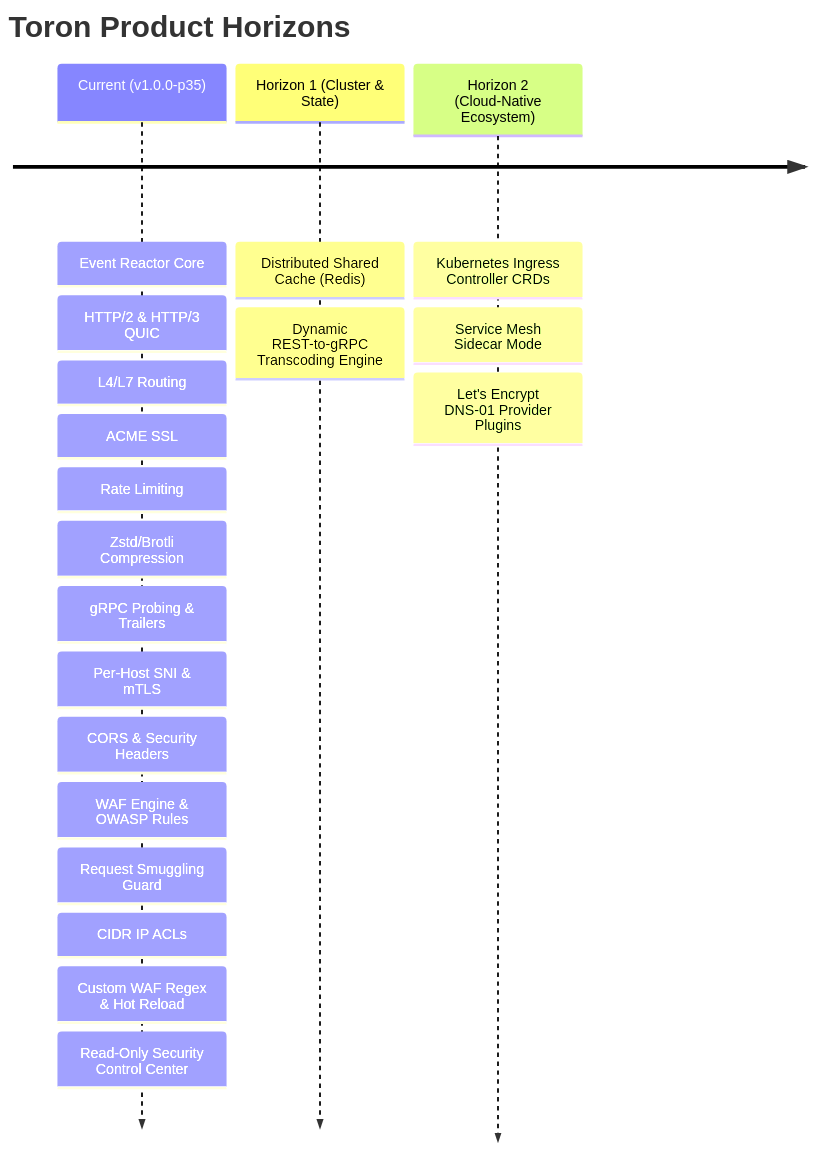
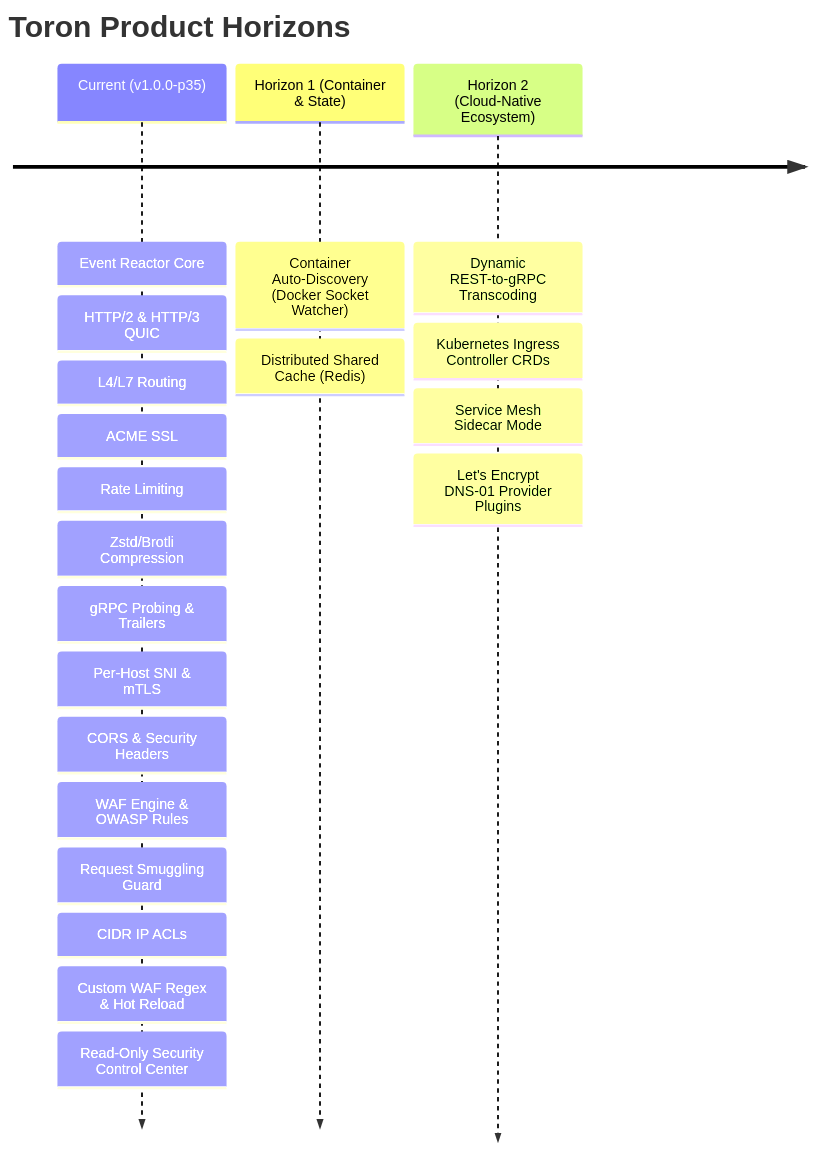
The second of 2 diagrams in PRODUCT_REVIEW.md (SayantanSaha/toron), drawn with Mermaid before and after one commit. The commit also changed other lines of this file, not shown here.

Commit message:
docs(po): add Container Auto-Discovery to Product Review roadmap

````diff
--- a/PRODUCT_REVIEW.md
+++ b/PRODUCT_REVIEW.md
@@ -129,7 +130,7 @@
 ```mermaid
 timeline
     title Toron Product Horizons
     Current (v1.0.0-p35) : Event Reactor Core : HTTP/2 & HTTP/3 QUIC : L4/L7 Routing : ACME SSL : Rate Limiting : Zstd/Brotli Compression : gRPC Probing & Trailers : Per-Host SNI & mTLS : CORS & Security Headers : WAF Engine & OWASP Rules : Request Smuggling Guard : CIDR IP ACLs : Custom WAF Regex & Hot Reload : Read-Only Security Control Center
-    Horizon 1 (Cluster & State) : Distributed Shared Cache (Redis) : Dynamic REST-to-gRPC Transcoding Engine
-    Horizon 2 (Cloud-Native Ecosystem) : Kubernetes Ingress Controller CRDs : Service Mesh Sidecar Mode : Let's Encrypt DNS-01 Provider Plugins
+    Horizon 1 (Container & State) : Container Auto-Discovery (Docker Socket Watcher) : Distributed Shared Cache (Redis)
+    Horizon 2 (Cloud-Native Ecosystem) : Dynamic REST-to-gRPC Transcoding : Kubernetes Ingress Controller CRDs : Service Mesh Sidecar Mode : Let's Encrypt DNS-01 Provider Plugins
 ```
````
